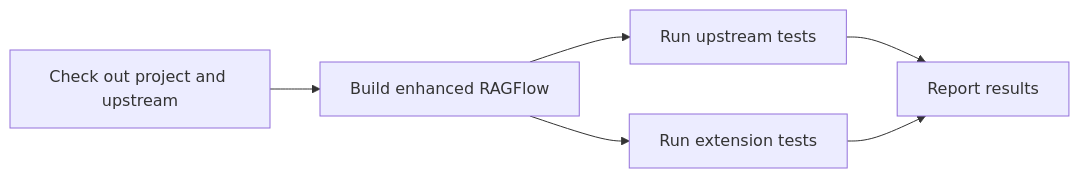
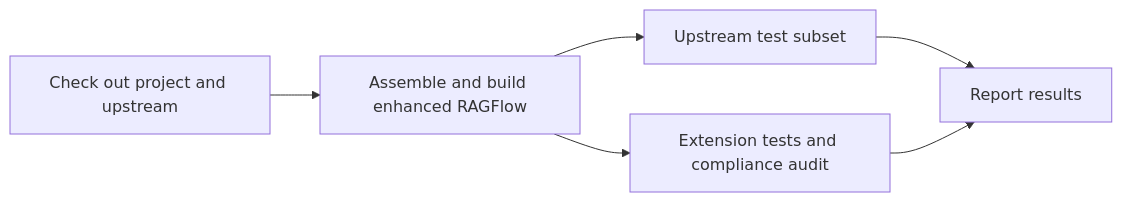
The diagram in README.md (Sanderhoff-alt/oh-my-ragflow), drawn with Mermaid before and after one commit. The commit also changed other lines of this file and 2 other files, not shown here.

````diff
--- a/README.md
+++ b/README.md
@@ -40,8 +52,8 @@
 ```mermaid
 flowchart LR
-    A[Check out project and upstream] --> B[Build enhanced RAGFlow]
-    B --> C[Run upstream tests]
-    B --> D[Run extension tests]
+    A[Check out project and upstream] --> B[Assemble and build enhanced RAGFlow]
+    B --> C[Upstream test subset]
+    B --> D[Extension tests and compliance audit]
     C --> E[Report results]
     D --> E
 ```
````
